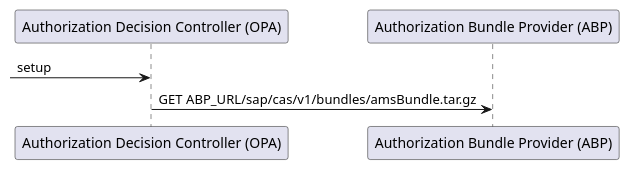
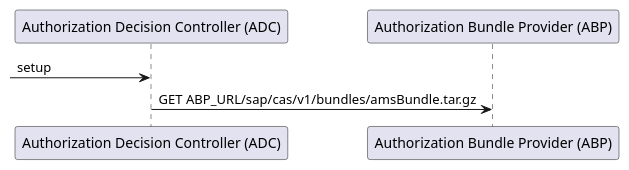
The diagram in samples/spring-security-cas/images/adc_abpInteraction.puml (SAP/cloud-security-services-integration-library), drawn with PlantUML before and after one commit. The commit also changed 3 other files, not shown here.

```diff
--- a/samples/spring-security-cas/images/adc_abpInteraction.puml
+++ b/samples/spring-security-cas/images/adc_abpInteraction.puml
@@ -1,5 +1,5 @@
 @startuml
--> "Authorization Decision Controller (OPA)" : setup
-"Authorization Decision Controller (OPA)" -> "Authorization Bundle Provider (ABP)": GET ABP_URL/sap/cas/v1/bundles/amsBundle.tar.gz
+-> "Authorization Decision Controller (ADC)" : setup
+"Authorization Decision Controller (ADC)" -> "Authorization Bundle Provider (ABP)": GET ABP_URL/sap/cas/v1/bundles/amsBundle.tar.gz
 
 @enduml
```
